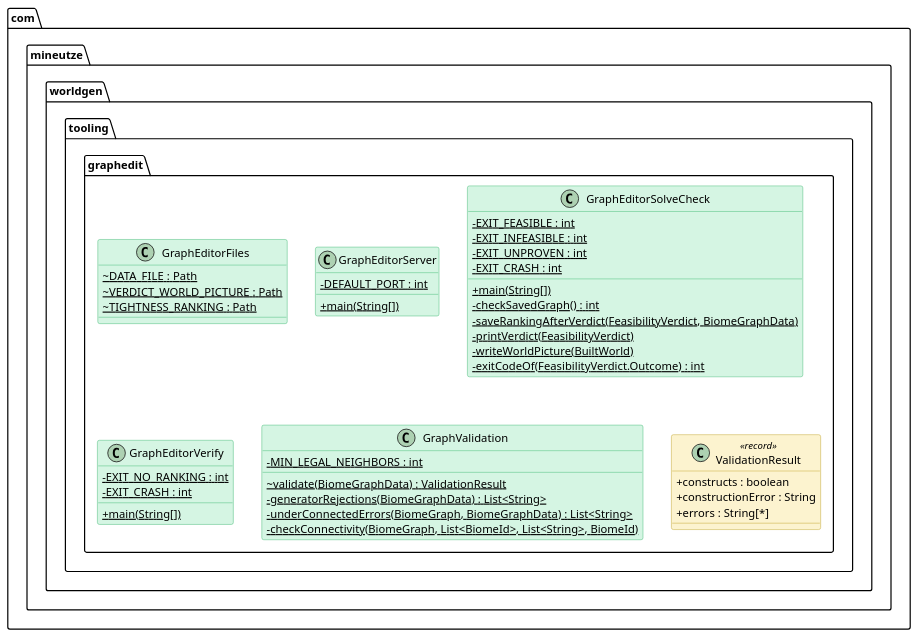
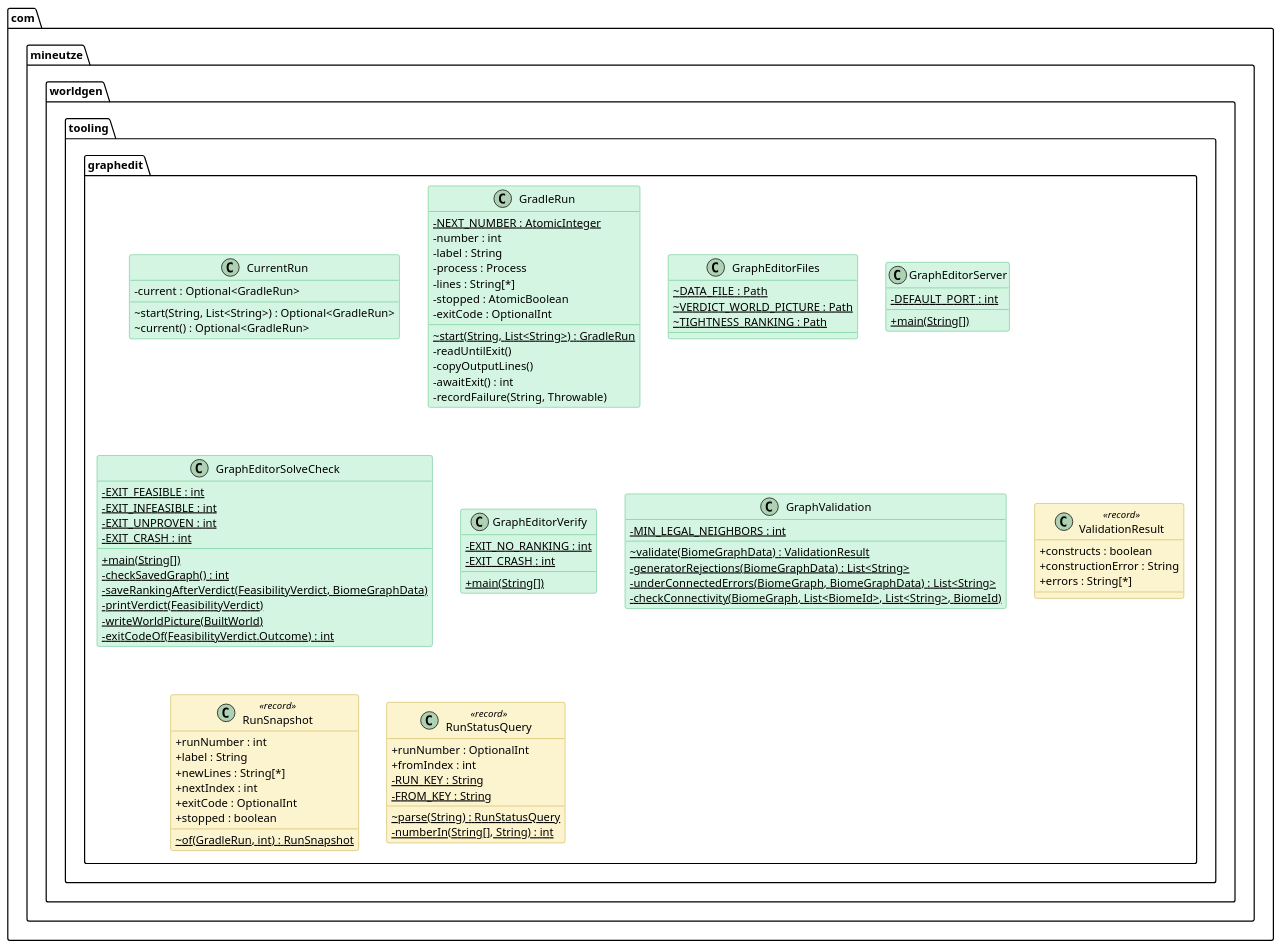
Before and after one commit to Boulede987/Mine-Utz: the diagram in companion-mods/mineutze-worldgen/doc/Modelisation/Packages/graphedit.puml, drawn with PlantUML. The commit also changed 21 other files, not shown here.

Commit message:
docs(worldgen): regenerate class diagrams for live progress

```diff
--- a/companion-mods/mineutze-worldgen/doc/Modelisation/Packages/graphedit.puml
+++ b/companion-mods/mineutze-worldgen/doc/Modelisation/Packages/graphedit.puml
@@ -1,78 +1,114 @@
 @startuml graphedit
 
 skinparam classAttributeIconSize 0
 skinparam shadowing false
 
 skinparam class {
   BackgroundColor<<interface>> #D6EAF8
   BorderColor<<interface>> #2E86C1
 }
 skinparam class {
   BackgroundColor<<abstract>> #E8DAEF
   BorderColor<<abstract>> #8E44AD
 }
 skinparam class {
   BackgroundColor #D5F5E3
   BorderColor #27AE60
 }
 skinparam class {
   BackgroundColor<<record>> #FCF3CF
   BorderColor<<record>> #B7950B
 }
 skinparam class {
   BackgroundColor<<static>> #a7faa0
   BorderColor<<static>> #38d610
 }
 skinparam class {
   BackgroundColor<<enum>> #F5B7B1
   BorderColor<<enum>> #C0392B
 }
 
 skinparam class {
   BackgroundColor<<external>> #EAECEE
   BorderColor<<external>> #839192
 }
 
 namespace com.mineutze.worldgen.tooling.graphedit {
+class CurrentRun {
+  - current : Optional<GradleRun>
+  ~ start(String, List<String>) : Optional<GradleRun>
+  ~ current() : Optional<GradleRun>
+}
+class GradleRun {
+  - {static} NEXT_NUMBER : AtomicInteger
+  - number : int
+  - label : String
+  - process : Process
+  - lines : String[*]
+  - stopped : AtomicBoolean
+  - exitCode : OptionalInt
+  ~ {static} start(String, List<String>) : GradleRun
+  - readUntilExit()
+  - copyOutputLines()
+  - awaitExit() : int
+  - recordFailure(String, Throwable)
+}
 class GraphEditorFiles {
   ~ {static} DATA_FILE : Path
   ~ {static} VERDICT_WORLD_PICTURE : Path
   ~ {static} TIGHTNESS_RANKING : Path
 }
 class GraphEditorServer {
   - {static} DEFAULT_PORT : int
   + {static} main(String[])
 }
 class GraphEditorSolveCheck {
   - {static} EXIT_FEASIBLE : int
   - {static} EXIT_INFEASIBLE : int
   - {static} EXIT_UNPROVEN : int
   - {static} EXIT_CRASH : int
   + {static} main(String[])
   - {static} checkSavedGraph() : int
   - {static} saveRankingAfterVerdict(FeasibilityVerdict, BiomeGraphData)
   - {static} printVerdict(FeasibilityVerdict)
   - {static} writeWorldPicture(BuiltWorld)
   - {static} exitCodeOf(FeasibilityVerdict.Outcome) : int
 }
 class GraphEditorVerify {
   - {static} EXIT_NO_RANKING : int
   - {static} EXIT_CRASH : int
   + {static} main(String[])
 }
 class GraphValidation {
   - {static} MIN_LEGAL_NEIGHBORS : int
   ~ {static} validate(BiomeGraphData) : ValidationResult
   - {static} generatorRejections(BiomeGraphData) : List<String>
   - {static} underConnectedErrors(BiomeGraph, BiomeGraphData) : List<String>
   - {static} checkConnectivity(BiomeGraph, List<BiomeId>, List<String>, BiomeId)
 }
 class ValidationResult <<record>> {
   + constructs : boolean
   + constructionError : String
   + errors : String[*]
 }
+class RunSnapshot <<record>> {
+  + runNumber : int
+  + label : String
+  + newLines : String[*]
+  + nextIndex : int
+  + exitCode : OptionalInt
+  + stopped : boolean
+  ~ {static} of(GradleRun, int) : RunSnapshot
+}
+class RunStatusQuery <<record>> {
+  + runNumber : OptionalInt
+  + fromIndex : int
+  - {static} RUN_KEY : String
+  - {static} FROM_KEY : String
+  ~ {static} parse(String) : RunStatusQuery
+  - {static} numberIn(String[], String) : int
+}
 }
 
 
 @enduml
```
